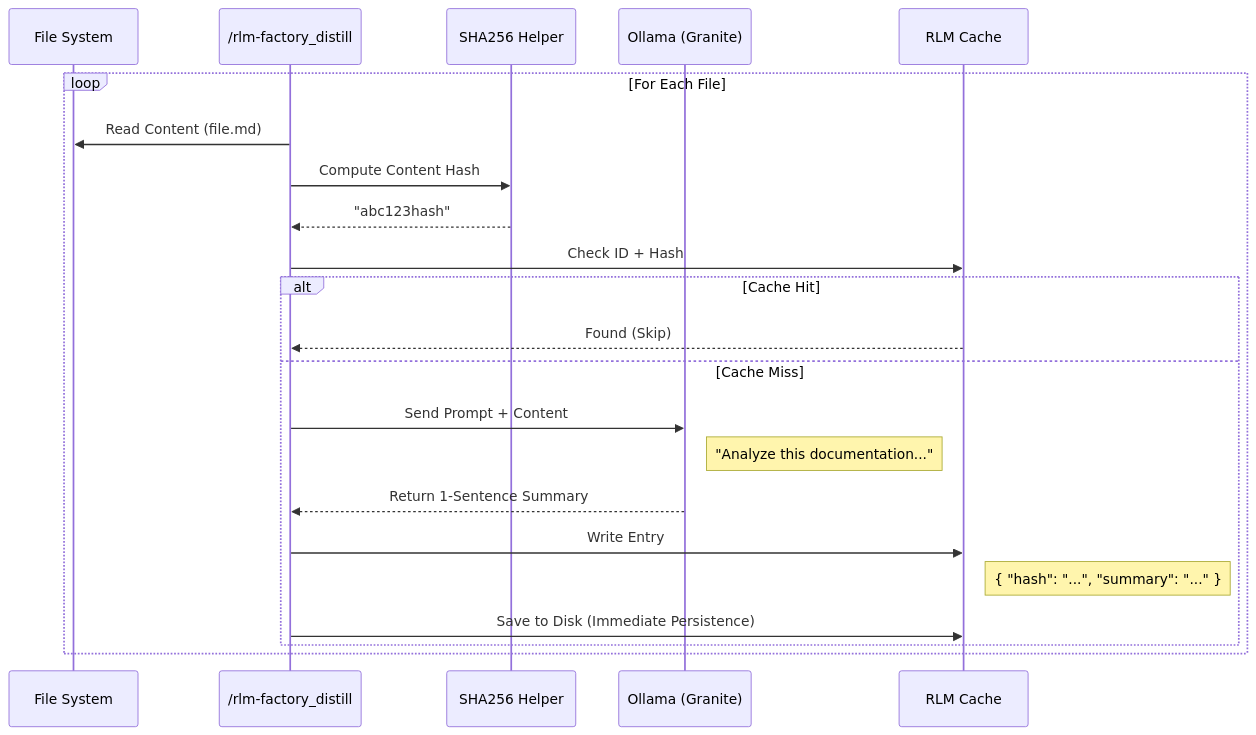
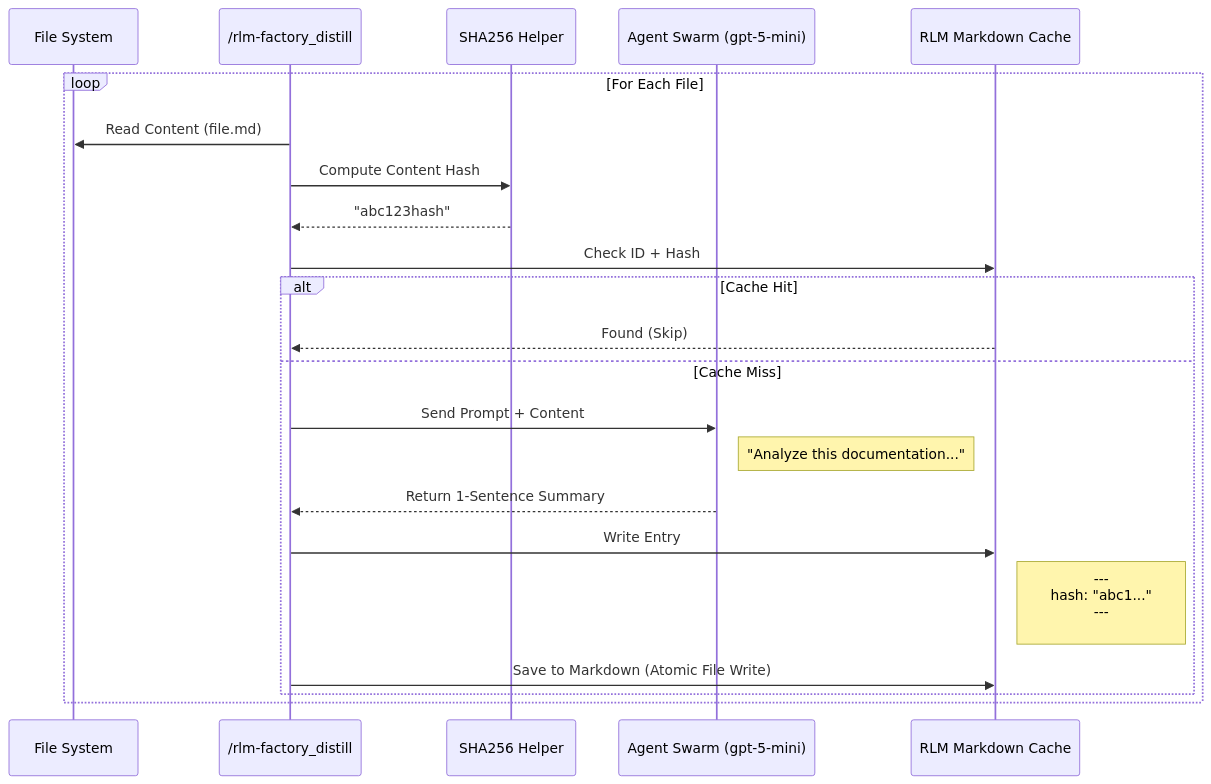
The diagram in plugins/rlm-factory/assets/diagrams/distillation_process.mmd (richfrem/agent-plugins-skills), drawn with Mermaid before and after one commit. The commit also changed 190 other files, not shown here.

Commit message:
Retrofit rlm-factory to file-system native architecture and swarm-based distillation

```diff
--- a/plugins/rlm-factory/assets/diagrams/distillation_process.mmd
+++ b/plugins/rlm-factory/assets/diagrams/distillation_process.mmd
@@ -1,26 +1,26 @@
 sequenceDiagram
     participant Files as File System
     participant Engine as /rlm-factory_distill
     participant Hash as SHA256 Helper
-    participant LLM as Ollama (Granite)
-    participant Ledger as RLM Cache
+    participant LLM as Agent Swarm (gpt-5-mini)
+    participant Ledger as RLM Markdown Cache
 
     Loop For Each File
         Engine->>Files: Read Content (file.md)
         Engine->>Hash: Compute Content Hash
         Hash-->>Engine: "abc123hash"
         
         Engine->>Ledger: Check ID + Hash
         
         alt Cache Hit
             Ledger-->>Engine: Found (Skip)
         else Cache Miss
             Engine->>LLM: Send Prompt + Content
             Note right of LLM: "Analyze this documentation..."
             LLM-->>Engine: Return 1-Sentence Summary
             
             Engine->>Ledger: Write Entry
-            Note right of Ledger: { "hash": "...", "summary": "..." }
-            Engine->>Ledger: Save to Disk (Immediate Persistence)
+            Note right of Ledger: ---<br>hash: "abc1..."<br>---<br># Summary<br>...
+            Engine->>Ledger: Save to Markdown (Atomic File Write)
         end
     end
```
